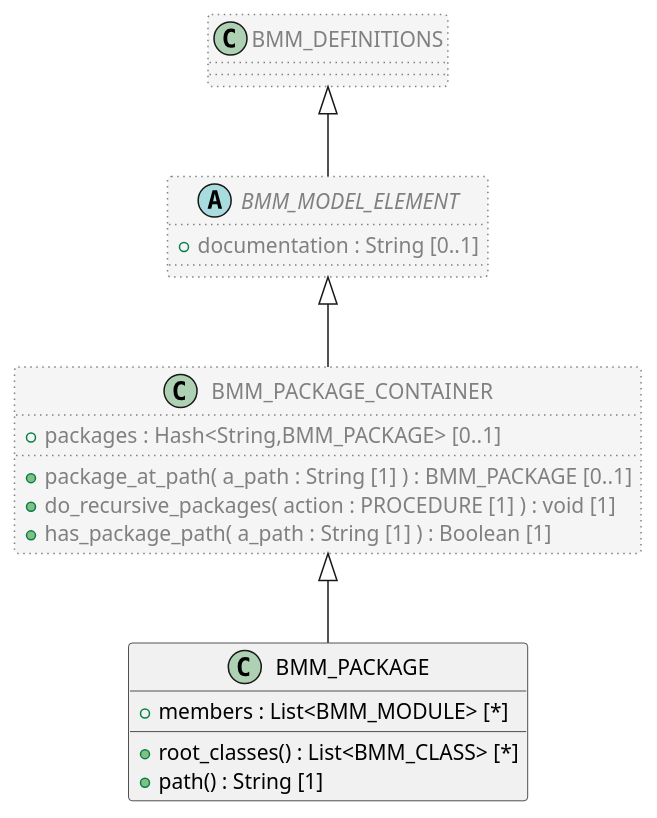
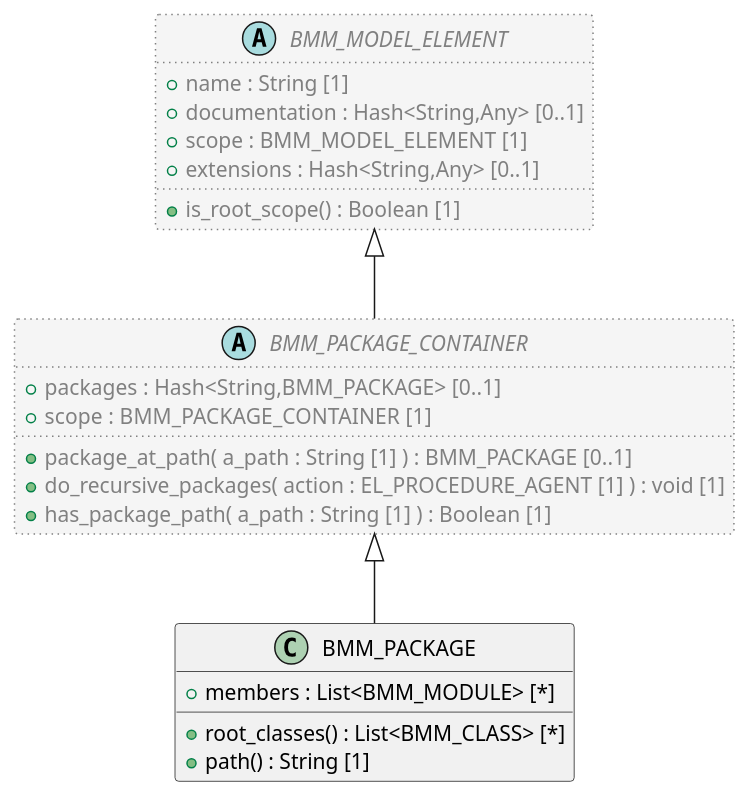
Before and after one commit to sebastian-iancu/code-generator: the diagram in code/Adoc/openehr_lang_1.1.0/plantUML/classes/org.openehr.lang.bmm.bmm_package.adoc, drawn with PlantUML. The commit also changed 719 other files, not shown here.

```diff
--- a/code/Adoc/openehr_lang_1.1.0/plantUML/classes/org.openehr.lang.bmm.bmm_package.adoc
+++ b/code/Adoc/openehr_lang_1.1.0/plantUML/classes/org.openehr.lang.bmm.bmm_package.adoc
@@ -1,33 +1,33 @@
 [plantuml,BMM_PACKAGE,format=svg,svg-type="inline"]
 -----
 @startuml
 
 class BMM_PACKAGE {
   + members : List<BMM_MODULE> [*]
   + root_classes() : List<BMM_CLASS> [*]
   + path() : String [1]
 }
 
-class BMM_PACKAGE_CONTAINER  #whitesmoke;line:gray;line.dotted;text:gray {
+abstract class BMM_PACKAGE_CONTAINER  #whitesmoke;line:gray;line.dotted;text:gray {
   + packages : Hash<String,BMM_PACKAGE> [0..1]
+  + scope : BMM_PACKAGE_CONTAINER [1]
   + package_at_path( a_path : String [1] ) : BMM_PACKAGE [0..1]
-  + do_recursive_packages( action : PROCEDURE [1] ) : void [1]
+  + do_recursive_packages( action : EL_PROCEDURE_AGENT [1] ) : void [1]
   + has_package_path( a_path : String [1] ) : Boolean [1]
 }
 
 abstract class BMM_MODEL_ELEMENT  #whitesmoke;line:gray;line.dotted;text:gray {
-  + documentation : String [0..1]
+  + name : String [1]
+  + documentation : Hash<String,Any> [0..1]
+  + scope : BMM_MODEL_ELEMENT [1]
+  + extensions : Hash<String,Any> [0..1]
+  + is_root_scope() : Boolean [1]
 }
-
-class BMM_DEFINITIONS  #whitesmoke;line:gray;line.dotted;text:gray {
-}
-
-BMM_DEFINITIONS <|-- BMM_MODEL_ELEMENT
 
 BMM_MODEL_ELEMENT <|-- BMM_PACKAGE_CONTAINER
 
 BMM_PACKAGE_CONTAINER <|-- BMM_PACKAGE
 
 
 @enduml
 -----
```
